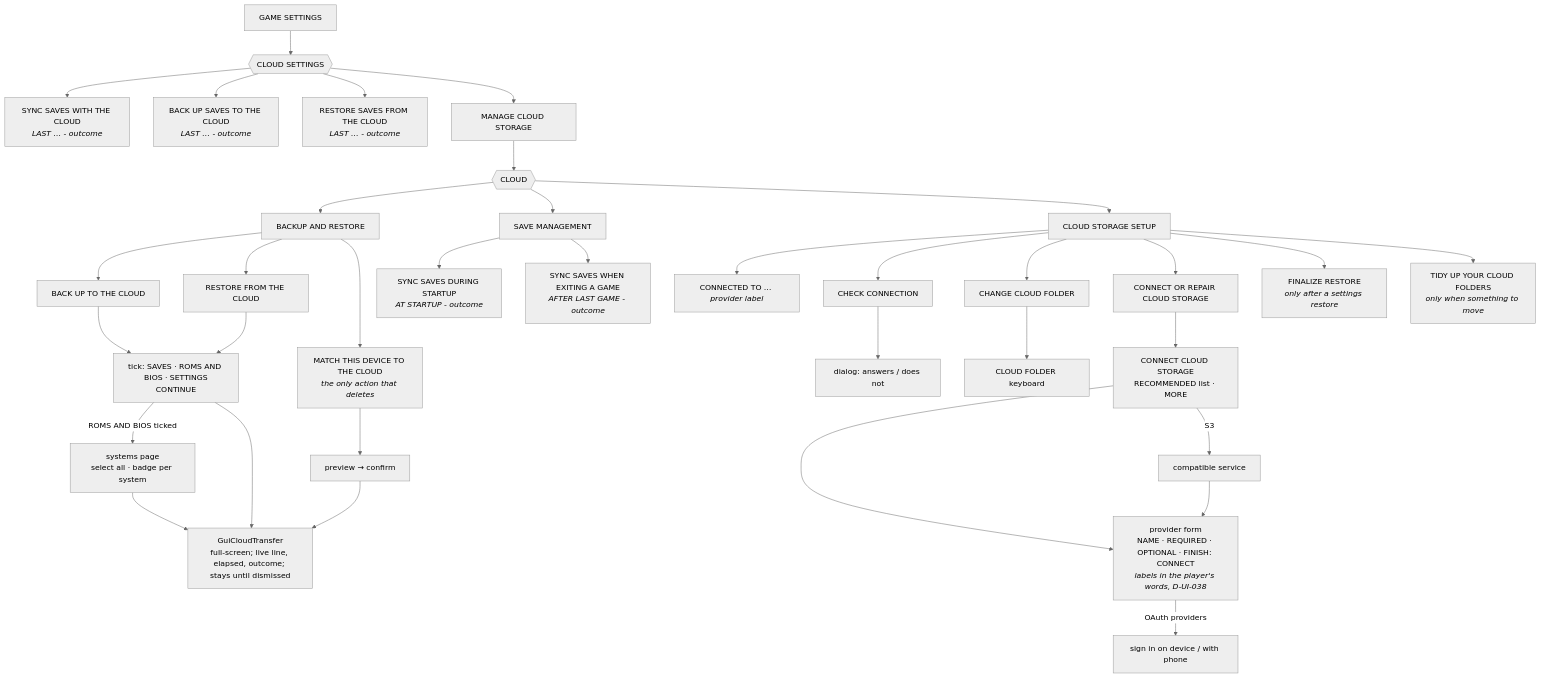
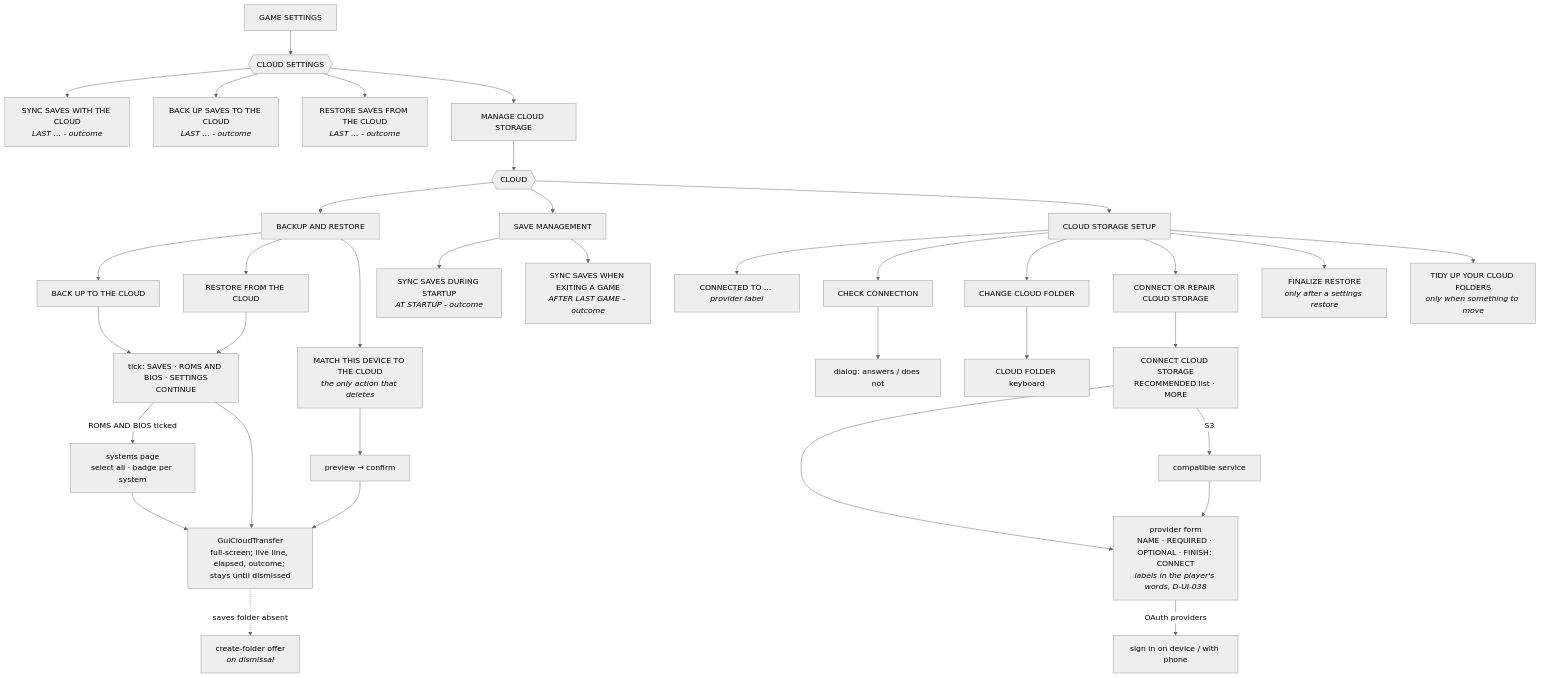
Before and after one commit to maxengel/rocknix: the second of 2 diagrams in docs/es-menu-map.md, drawn with Mermaid (neutral theme). The commit also changed other lines of this file and 1 other file, not shown here.

First line of the commit message:
docs: menu map -- the offer on both surfaces (#145); work log -- the audit's findings fixed

````diff
--- a/docs/es-menu-map.md
+++ b/docs/es-menu-map.md
@@ -92,32 +92,33 @@
 ```mermaid
 flowchart TD
     GS[GAME SETTINGS] --> CS{{CLOUD SETTINGS}}
     CS --> SYNC[SYNC SAVES WITH THE CLOUD<br/><i>LAST … - outcome</i>]
     CS --> UP[BACK UP SAVES TO THE CLOUD<br/><i>LAST … - outcome</i>]
     CS --> DOWN[RESTORE SAVES FROM THE CLOUD<br/><i>LAST … - outcome</i>]
     CS --> ALL[MANAGE CLOUD STORAGE]
 
     ALL --> HUB{{CLOUD}}
     HUB --> BR[BACKUP AND RESTORE]
     BR --> BU[BACK UP TO THE CLOUD] --> TICK[tick: SAVES · ROMS AND BIOS · SETTINGS<br/>CONTINUE]
     BR --> RE[RESTORE FROM THE CLOUD] --> TICK
     TICK -->|ROMS AND BIOS ticked| PICK[systems page<br/>select all · badge per system]
     TICK --> XFER[GuiCloudTransfer<br/>full-screen; live line, elapsed, outcome; stays until dismissed]
     PICK --> XFER
+    XFER -.->|saves folder absent| OFFER[create-folder offer<br/><i>on dismissal</i>]
     BR --> MATCH[MATCH THIS DEVICE TO THE CLOUD<br/><i>the only action that deletes</i>] --> PREV[preview → confirm] --> XFER
 
     HUB --> SM[SAVE MANAGEMENT]
     SM --> ST[SYNC SAVES DURING STARTUP<br/><i>AT STARTUP - outcome</i>]
     SM --> GE[SYNC SAVES WHEN EXITING A GAME<br/><i>AFTER LAST GAME - outcome</i>]
 
     HUB --> CSS[CLOUD STORAGE SETUP]
     CSS --> CT[CONNECTED TO … <i>provider label</i>]
     CSS --> CHK[CHECK CONNECTION] --> CHKD[dialog: answers / does not]
     CSS --> FOLDER[CHANGE CLOUD FOLDER] --> KB[CLOUD FOLDER keyboard]
     CSS --> CONN[CONNECT OR REPAIR CLOUD STORAGE] --> LIST[CONNECT CLOUD STORAGE<br/>RECOMMENDED list · MORE]
     LIST --> FORM[provider form<br/>NAME · REQUIRED · OPTIONAL · FINISH: CONNECT<br/><i>labels in the player's words, D-UI-038</i>]
     LIST -->|S3| SUB[compatible service] --> FORM
     FORM -->|OAuth providers| OAUTH[sign in on device / with phone]
     CSS --> FIN[FINALIZE RESTORE<br/><i>only after a settings restore</i>]
     CSS --> TIDY[TIDY UP YOUR CLOUD FOLDERS<br/><i>only when something to move</i>]
 ```
````
